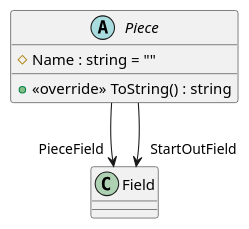
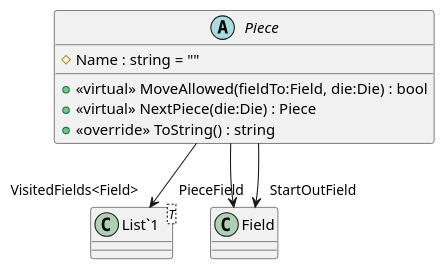
The diagram in Barricade/Models/Piece.puml (Evert-Arends/barricadegameModel3), drawn with PlantUML before and after one commit. The commit also changed 21 other files, not shown here.

```diff
--- a/Barricade/Models/Piece.puml
+++ b/Barricade/Models/Piece.puml
@@ -1,8 +1,13 @@
 @startuml
 abstract class Piece {
     # Name : string = ""
+    + <<virtual>> MoveAllowed(fieldTo:Field, die:Die) : bool
+    + <<virtual>> NextPiece(die:Die) : Piece
     + <<override>> ToString() : string
 }
+class "List`1"<T> {
+}
+Piece --> "VisitedFields<Field>" "List`1"
 Piece --> "PieceField" Field
 Piece --> "StartOutField" Field
 @enduml
```
